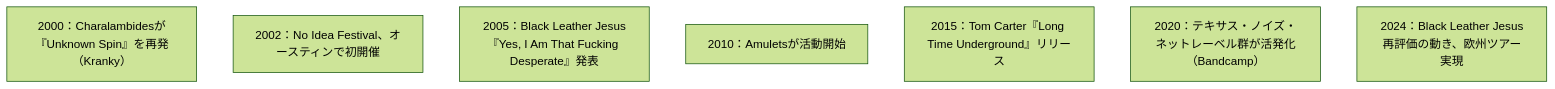
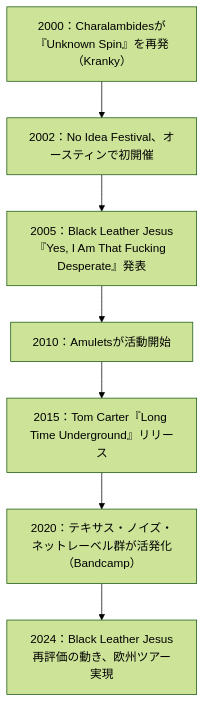
Before and after one commit to monumental-movement/monumental-movement.github.io: the diagram in _posts/2025-10-10-Colum-Texas-Noise.md, drawn with Mermaid (forest theme).

```diff
--- a/_posts/2025-10-10-Colum-Texas-Noise.md
+++ b/_posts/2025-10-10-Colum-Texas-Noise.md
@@ -119,12 +119,15 @@
 <div class="mermaid">
 
 flowchart TD
     A2000["2000：Charalambidesが『Unknown Spin』を再発（Kranky）"]
     A2002["2002：No Idea Festival、オースティンで初開催"]
     A2005["2005：Black Leather Jesus『Yes, I Am That Fucking Desperate』発表"]
     A2010["2010：Amuletsが活動開始"]
     A2015["2015：Tom Carter『Long Time Underground』リリース"]
     A2020["2020：テキサス・ノイズ・ネットレーベル群が活発化（Bandcamp）"]
     A2024["2024：Black Leather Jesus再評価の動き、欧州ツアー実現"]
 
+    A2000 --> A2002 --> A2005 --> A2010 --> A2015 --> A2020 --> A2024
+
+
 </div>
```
